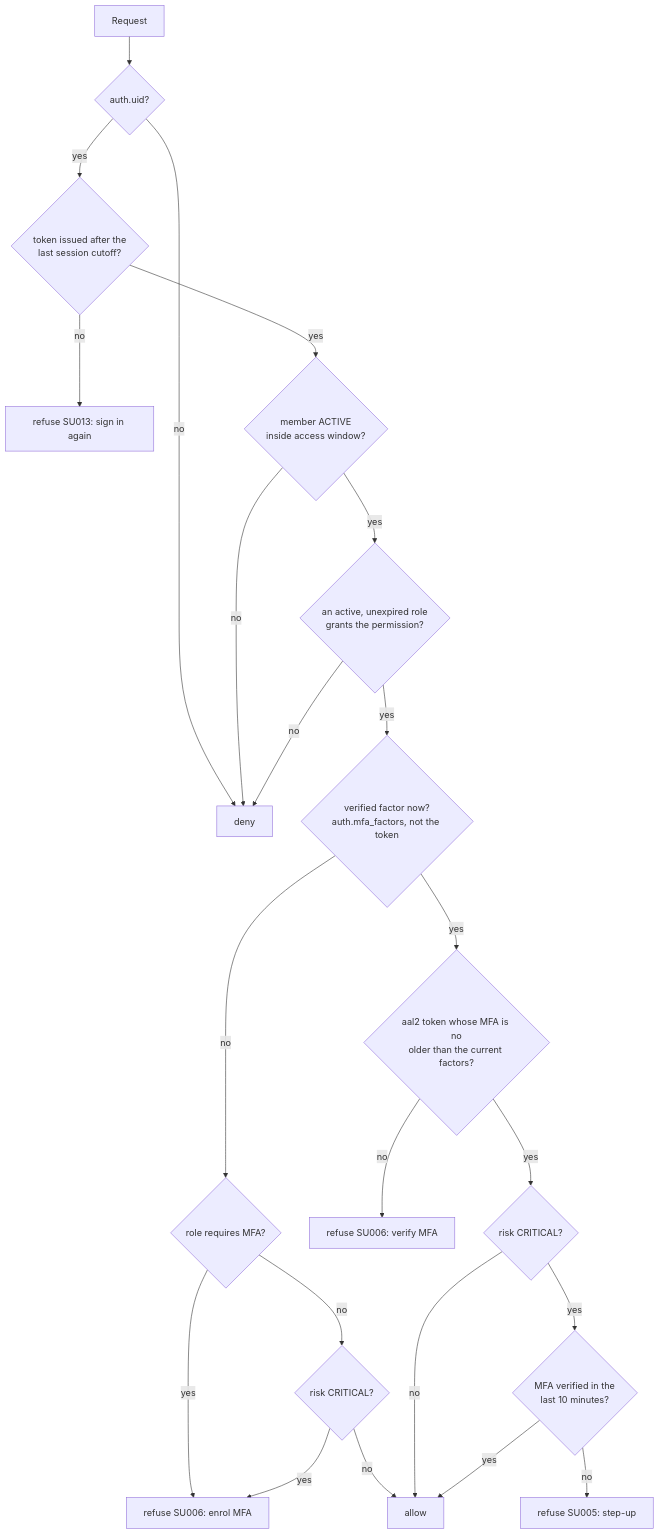
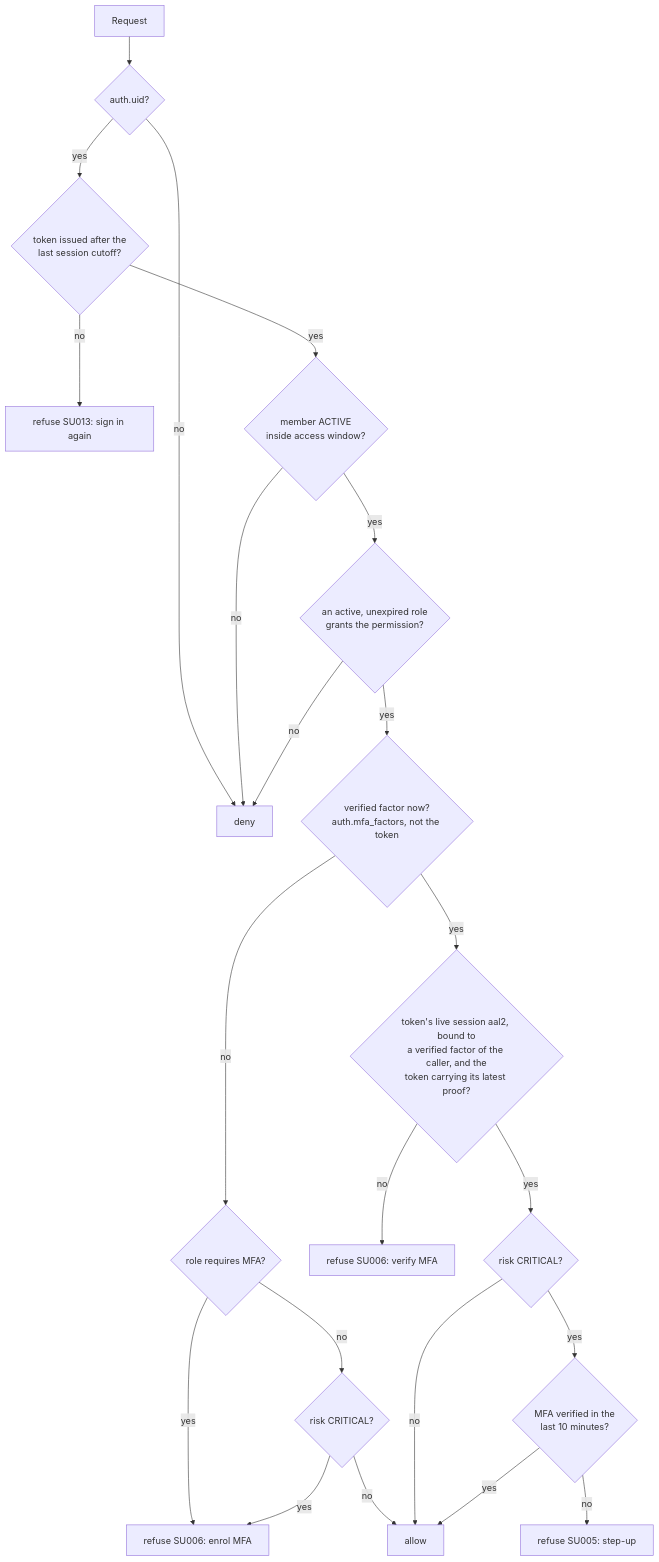
The second of 4 diagrams in docs/security-architecture.md (Pedruzz30/SpaceUnderground), drawn with Mermaid before and after one commit. The commit also changed other lines of this file and 18 other files, not shown here.

````diff
--- a/docs/security-architecture.md
+++ b/docs/security-architecture.md
@@ -153,24 +153,24 @@
 ```mermaid
 flowchart TD
   R[Request] --> U{auth.uid?}
   U -- no --> D[deny]
   U -- yes --> T{token issued after the<br/>last session cutoff?}
   T -- no --> SU013[refuse SU013: sign in again]
   T -- yes --> M{member ACTIVE<br/>inside access window?}
   M -- no --> D
   M -- yes --> G{an active, unexpired role<br/>grants the permission?}
   G -- no --> D
   G -- yes --> F{verified factor now?<br/>auth.mfa_factors, not the token}
   F -- no --> P{role requires MFA?}
   P -- yes --> SU006[refuse SU006: enrol MFA]
   P -- no --> C{risk CRITICAL?}
   C -- yes --> SU006
   C -- no --> A[allow]
-  F -- yes --> Q{aal2 token whose MFA is no<br/>older than the current factors?}
+  F -- yes --> Q{token's live session aal2, bound to<br/>a verified factor of the caller, and the<br/>token carrying its latest proof?}
   Q -- no --> SU006b[refuse SU006: verify MFA]
   Q -- yes --> K{risk CRITICAL?}
   K -- no --> A
   K -- yes --> S{MFA verified in the<br/>last 10 minutes?}
   S -- no --> SU005[refuse SU005: step-up]
   S -- yes --> A
 ```
````
